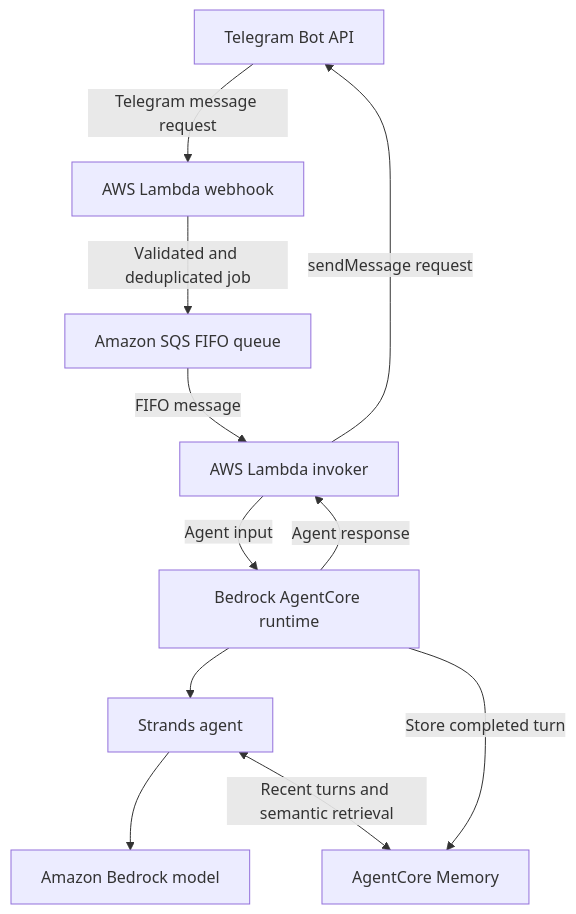
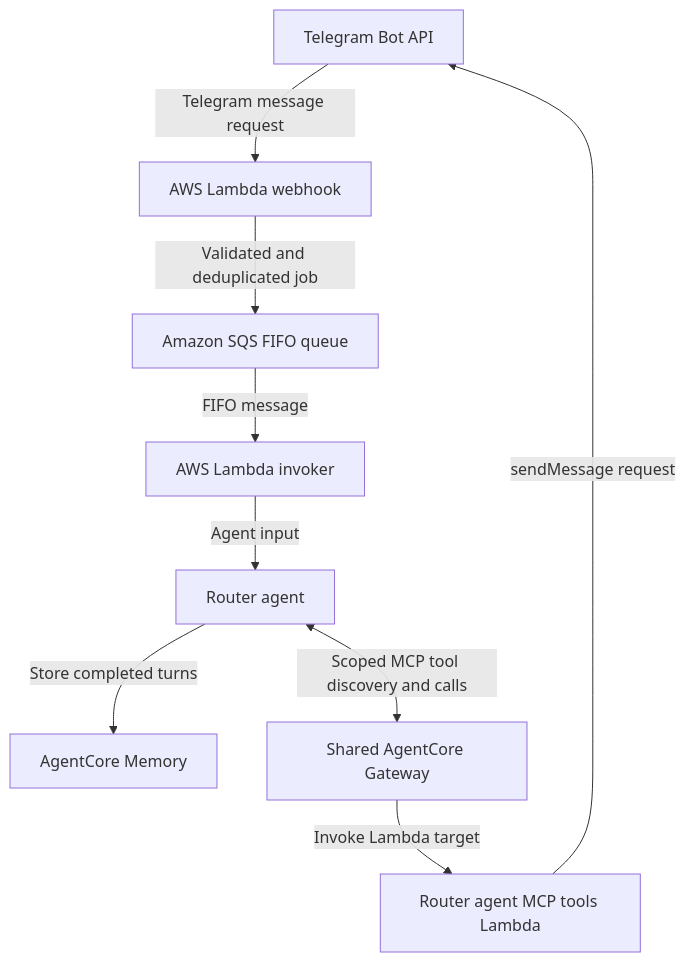
One commit to tzs69/tzs-personal-assistant-telegram-bot changed the diagram in README.md. Above: the diagram before and after it, drawn with Mermaid. The commit also changed other lines of this file and 9 other files, not shown here.

First line of the commit message:
feat: move Telegram response delivery into router tools

````diff
--- a/README.md
+++ b/README.md
@@ -33,22 +39,20 @@
 ```mermaid
 flowchart TB
     telegram[Telegram Bot API]
     webhook[AWS Lambda webhook]
     queue[Amazon SQS FIFO queue]
     invoker[AWS Lambda invoker]
-    runtime[Bedrock AgentCore runtime]
-    agent[Strands agent]
-    model[Amazon Bedrock model]
+    router[Router agent]
     memory[AgentCore Memory]
+    gateway[Shared AgentCore Gateway]
+    tools[Router agent MCP tools Lambda]
 
     telegram -->|Telegram message request| webhook
     webhook -->|Validated and deduplicated job| queue
     queue -->|FIFO message| invoker
-    invoker -->|Agent input| runtime
-    runtime --> agent
-    agent --> model
-    agent <-->|Recent turns and semantic retrieval| memory
-    runtime -->|Store completed turn| memory
-    runtime -->|Agent response| invoker
-    invoker -->|sendMessage request| telegram
+    invoker -->|Agent input| router
+    router -->|Store completed turns| memory
+    router <-->|Scoped MCP tool discovery and calls| gateway
+    gateway -->|Invoke Lambda target| tools
+    tools -->|sendMessage request| telegram
 ```
````
